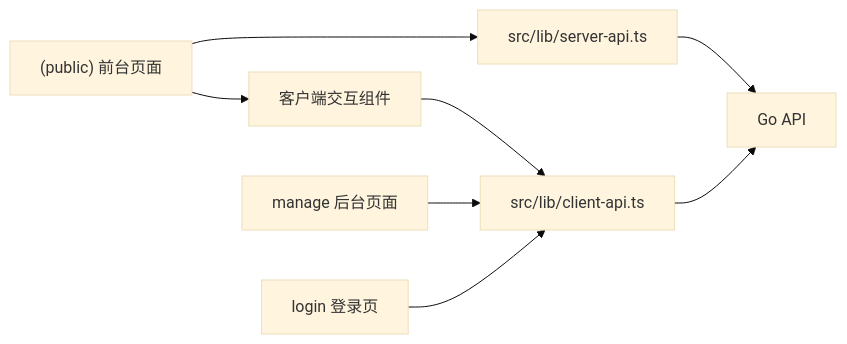
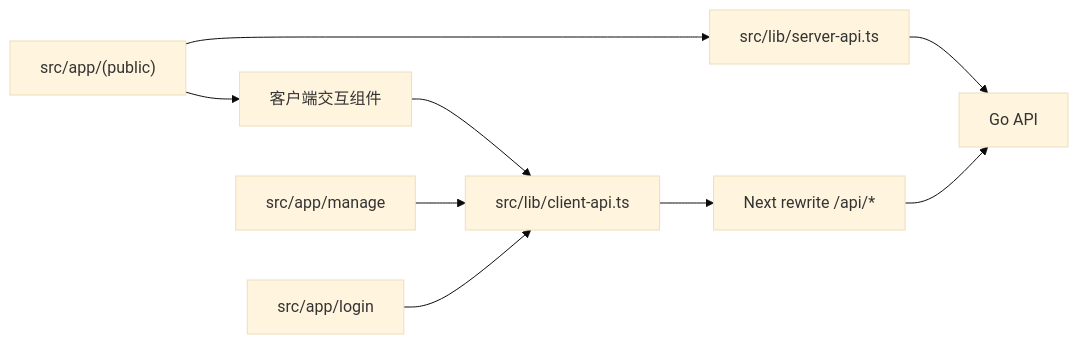
Before and after one commit to fe-spark/EcoHub: the first of 2 diagrams in web/README.md, drawn with Mermaid (base theme). The commit also changed other lines of this file and 9 other files, not shown here.

````diff
--- a/web/README.md
+++ b/web/README.md
@@ -11,10 +25,11 @@
 ```mermaid
 flowchart LR
-    Public["(public) 前台页面"] --> ServerApi["src/lib/server-api.ts"]
-    Public --> ClientUi["客户端交互组件"]
-    ClientUi --> ClientApi["src/lib/client-api.ts"]
-    Manage["manage 后台页面"] --> ClientApi
-    Login["login 登录页"] --> ClientApi
-    ServerApi --> Backend["Go API"]
-    ClientApi --> Backend
+    Public["src/app/(public)"] --> ServerAPI["src/lib/server-api.ts"]
+    Public --> ClientUI["客户端交互组件"]
+    ClientUI --> ClientAPI["src/lib/client-api.ts"]
+    Manage["src/app/manage"] --> ClientAPI
+    Login["src/app/login"] --> ClientAPI
+    ServerAPI --> Backend["Go API"]
+    ClientAPI --> Rewrite["Next rewrite /api/*"]
+    Rewrite --> Backend
 ```
````
